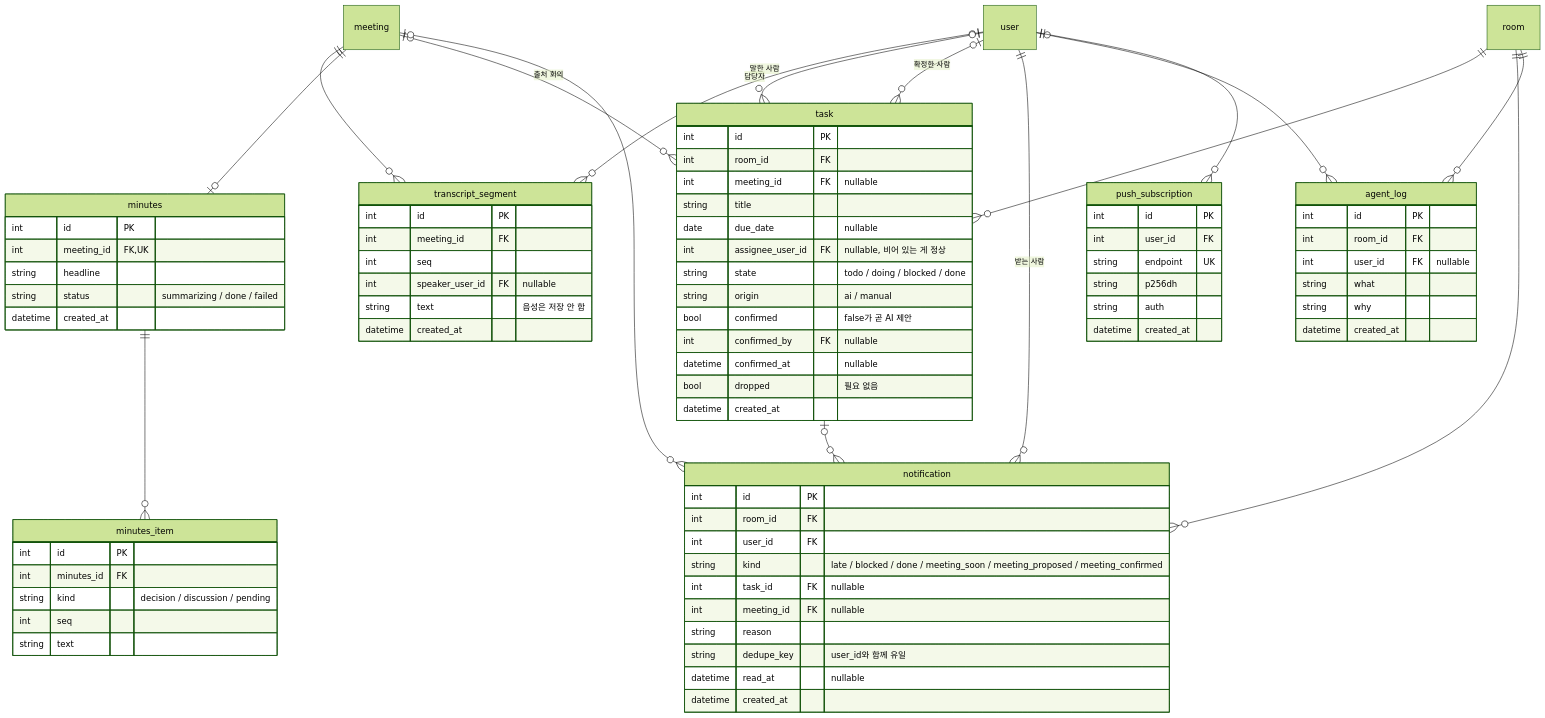
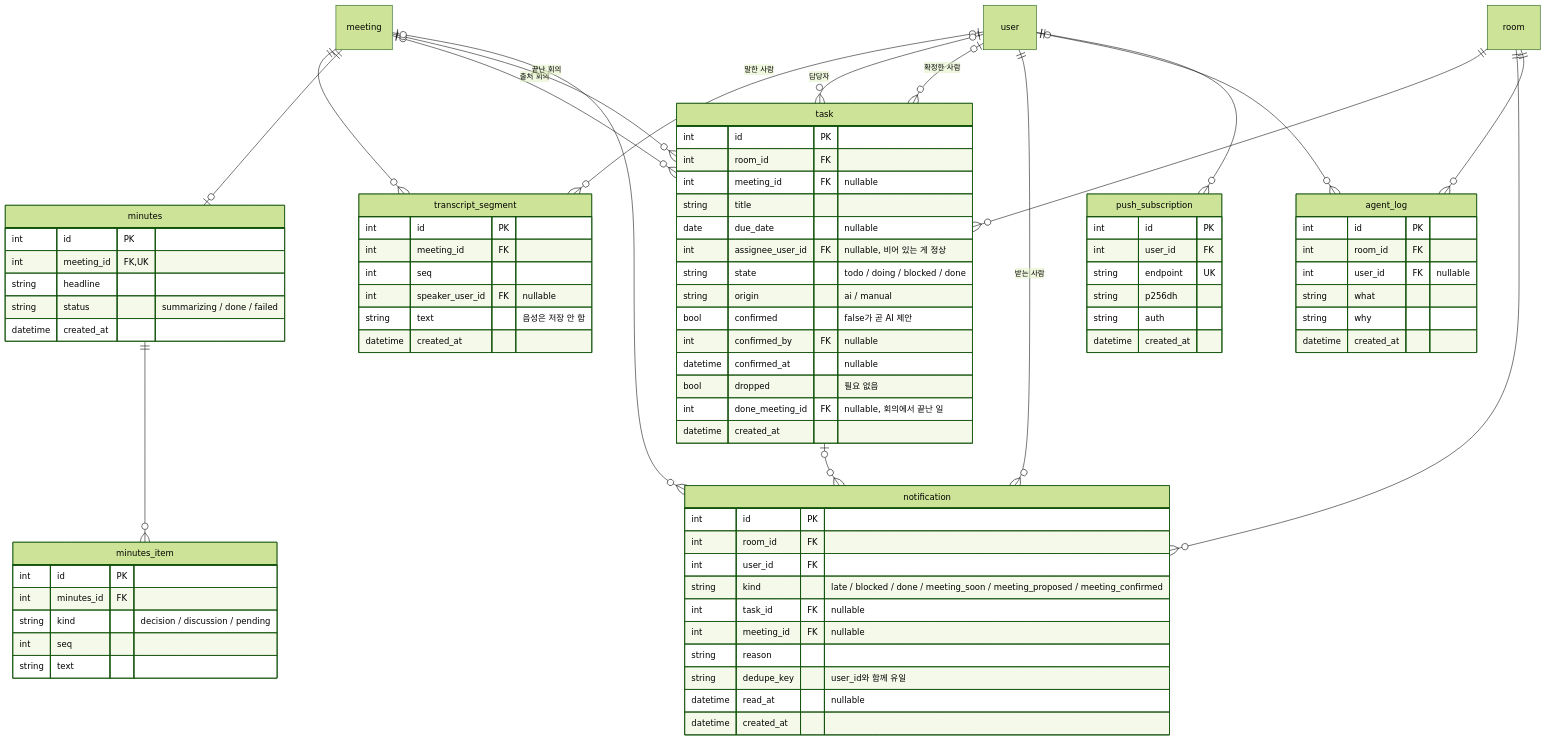
The third of 3 diagrams in docs/db-스키마.md (leechimins/School_2602SWC), drawn with Mermaid (forest theme) before and after one commit. The commit also changed other lines of this file and 5 other files, not shown here.

```diff
--- a/docs/db-스키마.md
+++ b/docs/db-스키마.md
@@ -232,6 +232,7 @@
     minutes ||--o{ minutes_item : ""
     room ||--o{ task : ""
     meeting |o--o{ task : "출처 회의"
+    meeting |o--o{ task : "끝난 회의"
     user |o--o{ task : "담당자"
     user |o--o{ task : "확정한 사람"
     task |o--o{ notification : ""
@@ -280,6 +281,7 @@
         int confirmed_by FK "nullable"
         datetime confirmed_at "nullable"
         bool dropped "필요 없음"
+        int done_meeting_id FK "nullable, 회의에서 끝난 일"
         datetime created_at
     }
 
```
